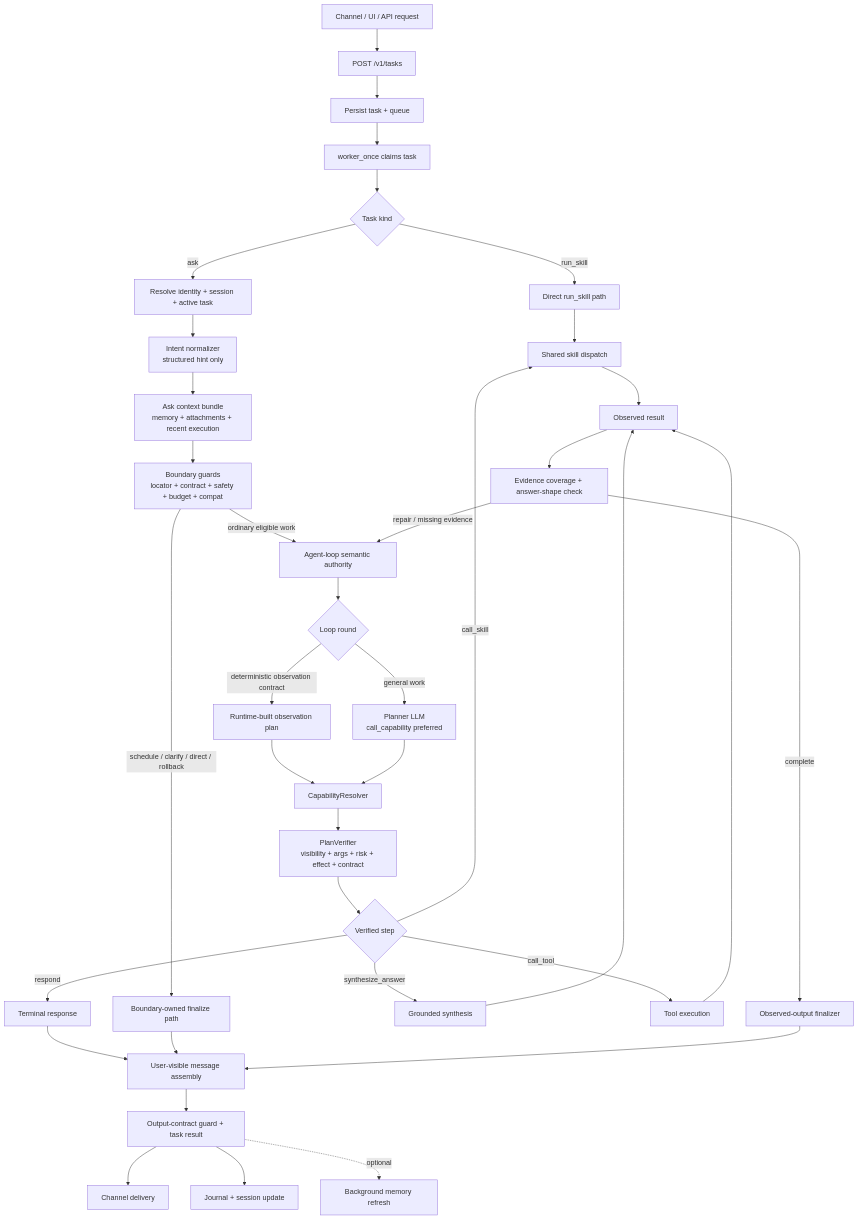
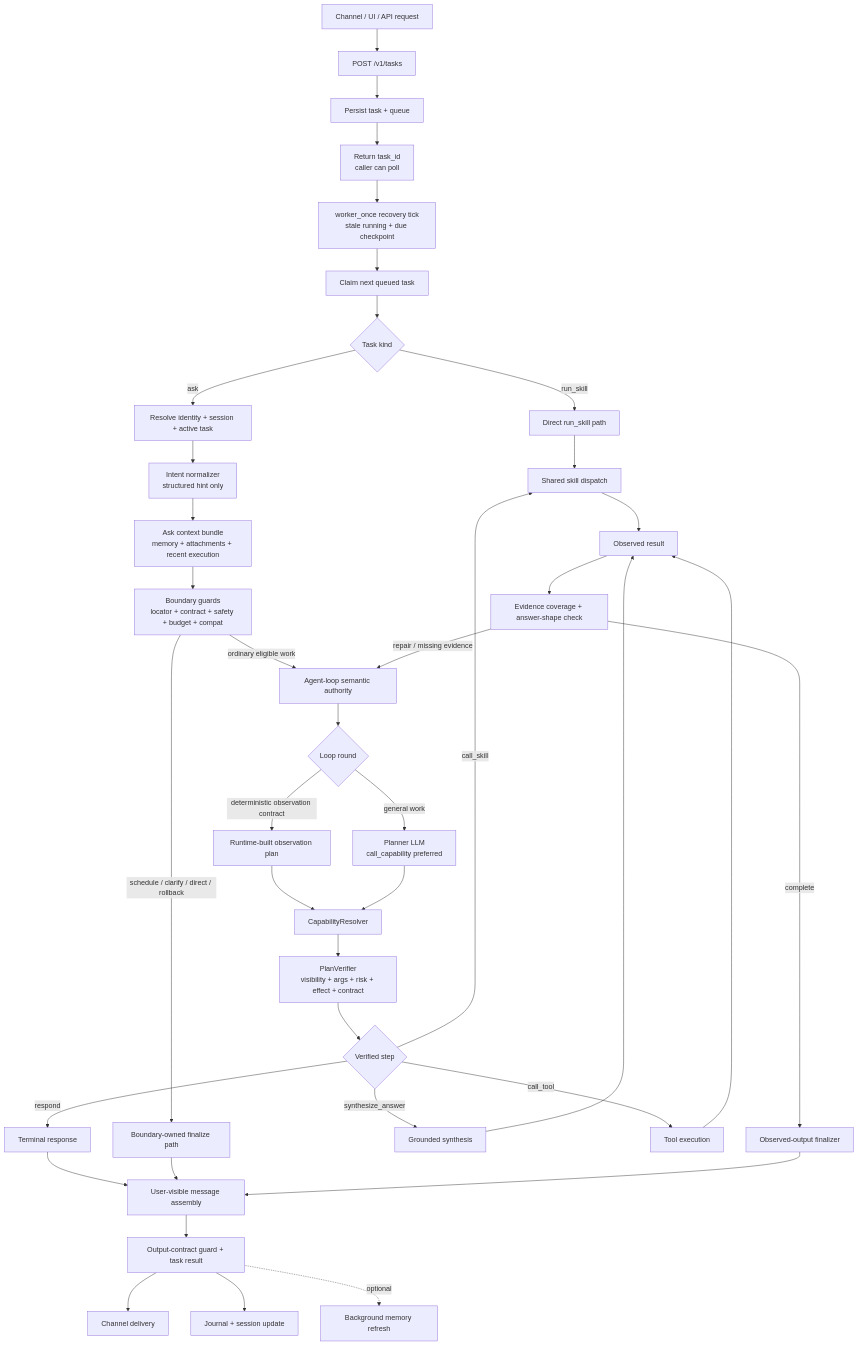
The first of 3 diagrams in README.md (MatrixCoreX/RustClaw), drawn with Mermaid before and after one commit. The commit also changed other lines of this file and 12 other files, not shown here.

Commit message:
Converge task resume flow and media artifact NL gate

````diff
--- a/README.md
+++ b/README.md
@@ -28,39 +28,41 @@
 ```mermaid
 flowchart TD
     A[Channel / UI / API request] --> B[POST /v1/tasks]
     B --> C[Persist task + queue]
-    C --> D[worker_once claims task]
-    D --> E{Task kind}
+    C --> D[Return task_id<br/>caller can poll]
+    D --> E0[worker_once recovery tick<br/>stale running + due checkpoint]
+    E0 --> E1[Claim next queued task]
+    E1 --> E{Task kind}
     E -->|run_skill| RS[Direct run_skill path]
     E -->|ask| F[Resolve identity + session + active task]
     F --> G[Intent normalizer<br/>structured hint only]
     G --> H[Ask context bundle<br/>memory + attachments + recent execution]
     H --> I[Boundary guards<br/>locator + contract + safety + budget + compat]
     I -->|ordinary eligible work| J[Agent-loop semantic authority]
     I -->|schedule / clarify / direct / rollback| K[Boundary-owned finalize path]
     J --> L{Loop round}
     L -->|deterministic observation contract| M[Runtime-built observation plan]
     L -->|general work| N[Planner LLM<br/>call_capability preferred]
     M --> O[CapabilityResolver]
     N --> O
     O --> P[PlanVerifier<br/>visibility + args + risk + effect + contract]
     P --> Q{Verified step}
     Q -->|respond| R[Terminal response]
     Q -->|synthesize_answer| S[Grounded synthesis]
     Q -->|call_tool| T[Tool execution]
     Q -->|call_skill| U[Shared skill dispatch]
     RS --> U
     T --> V[Observed result]
     U --> V
     S --> V
     V --> W[Evidence coverage + answer-shape check]
     W -->|repair / missing evidence| J
     W -->|complete| X[Observed-output finalizer]
     R --> Y[User-visible message assembly]
     K --> Y
     X --> Y
     Y --> Z[Output-contract guard + task result]
     Z --> AA[Channel delivery]
     Z --> AB[Journal + session update]
     Z -. optional .-> AC[Background memory refresh]
 ```
````
